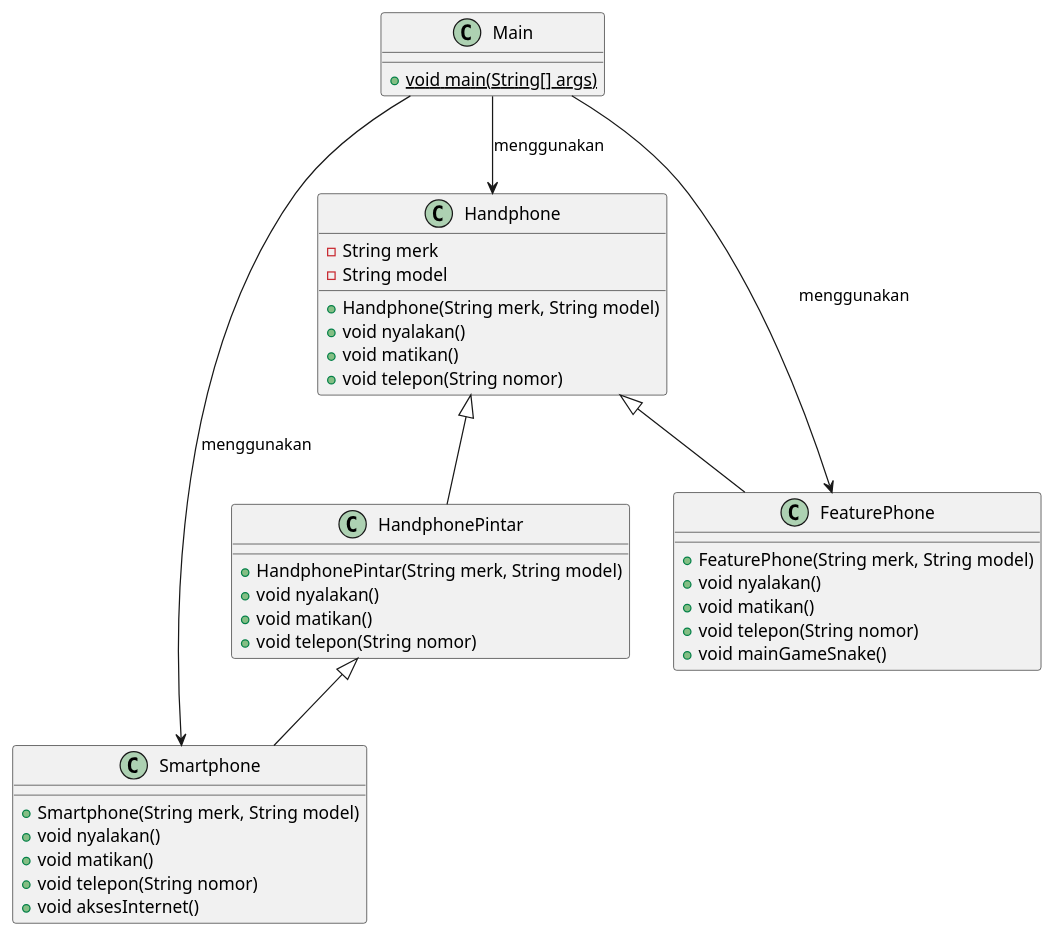
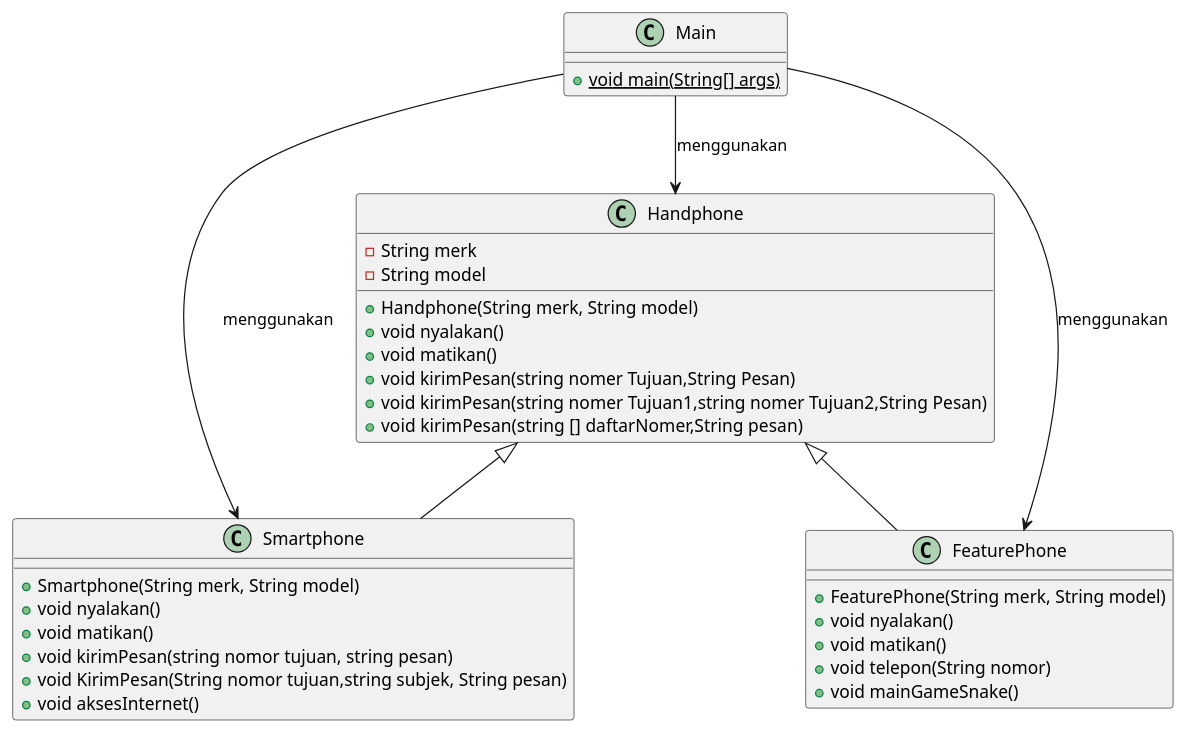
The diagram in polimorfisme/Handphone.puml (Rrkhaa/pbo), drawn with PlantUML before and after one commit.

```diff
--- a/polimorfisme/Handphone.puml
+++ b/polimorfisme/Handphone.puml
@@ -1,44 +1,43 @@
 @startuml
 class Main {
     + {static} void main(String[] args)
 }
 
 class Handphone {
     - String merk
     - String model
     + Handphone(String merk, String model)
     + void nyalakan()
     + void matikan()
-    + void telepon(String nomor)
+    + void kirimPesan(string nomer Tujuan,String Pesan)
+    + void kirimPesan(string nomer Tujuan1,string nomer Tujuan2,String Pesan)
+    + void kirimPesan(string [] daftarNomer,String pesan)
+    
 }
 
-class HandphonePintar {
-    + HandphonePintar(String merk, String model)
-    + void nyalakan()
-    + void matikan()
-    + void telepon(String nomor)
-}
+
 
 class Smartphone {
     + Smartphone(String merk, String model)
     + void nyalakan()
     + void matikan()
-    + void telepon(String nomor)
+    + void kirimPesan(string nomor tujuan, string pesan)
+    + void KirimPesan(String nomor tujuan,string subjek, String pesan)
     + void aksesInternet()
 }
 
 class FeaturePhone {
     + FeaturePhone(String merk, String model)
     + void nyalakan()
     + void matikan()
     + void telepon(String nomor)
     + void mainGameSnake()
 }
 
-Handphone <|-- HandphonePintar
-HandphonePintar <|-- Smartphone
+
+Handphone <|-- Smartphone
 Handphone <|-- FeaturePhone
 Main --> Handphone : menggunakan
 Main --> Smartphone : menggunakan
 Main --> FeaturePhone : menggunakan
 @enduml
```
